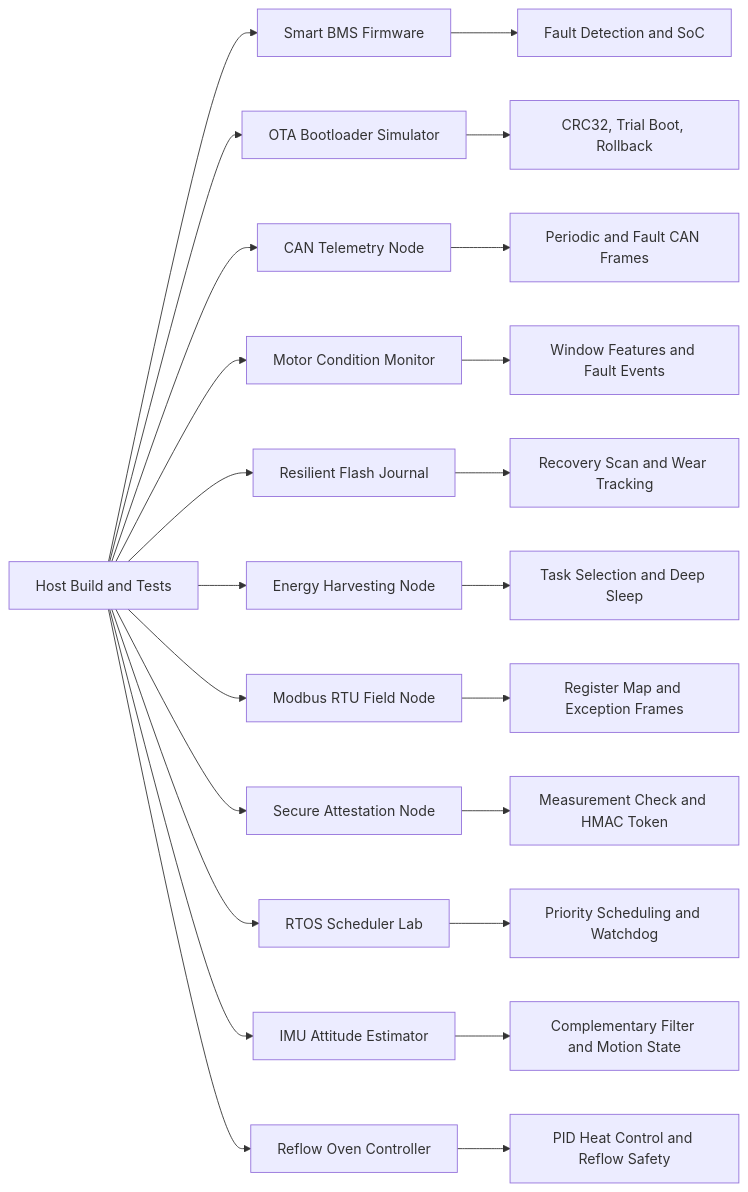
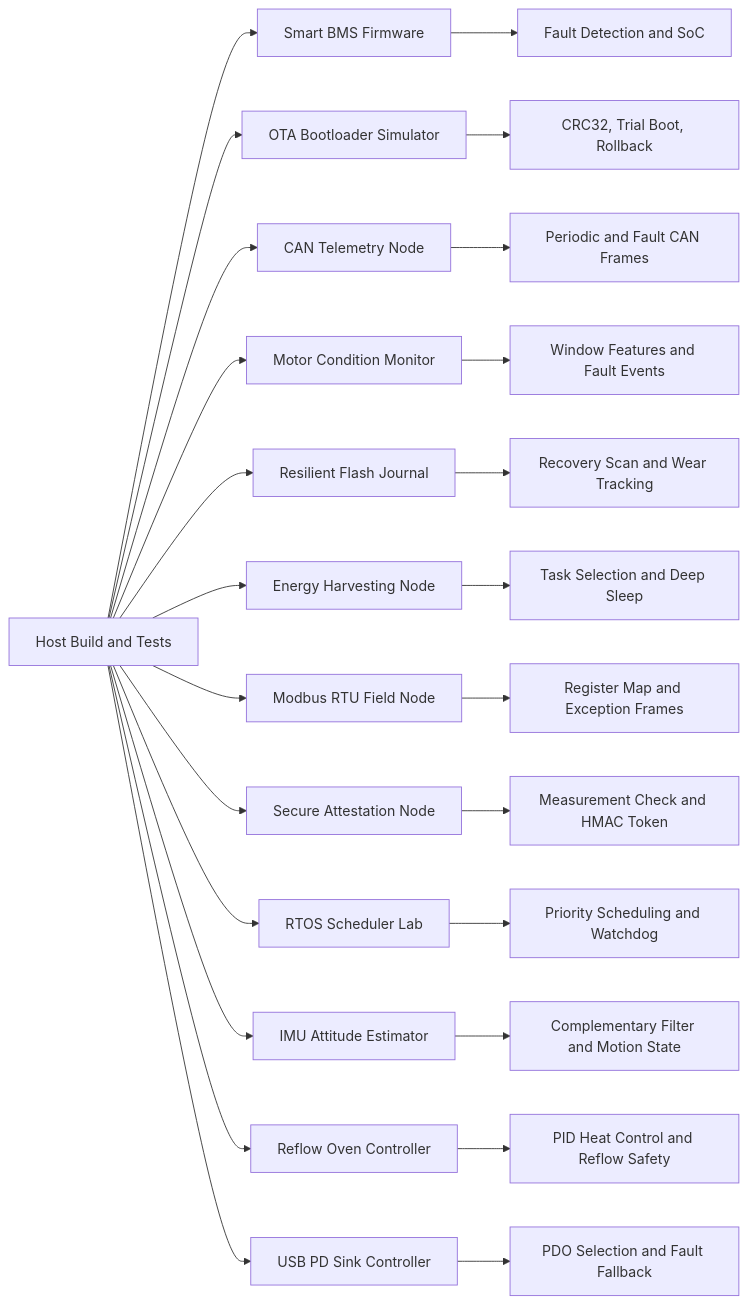
The diagram in README.md (akifitu/embedded-systems-collection), drawn with Mermaid before and after one commit. The commit also changed other lines of this file and 14 other files, not shown here.

Commit message:
Add USB PD sink controller project

````diff
--- a/README.md
+++ b/README.md
@@ -29,25 +30,27 @@
 ```mermaid
 flowchart LR
     Host[Host Build and Tests] --> BMS[Smart BMS Firmware]
     Host --> OTA[OTA Bootloader Simulator]
     Host --> CAN[CAN Telemetry Node]
     Host --> MCM[Motor Condition Monitor]
     Host --> RFJ[Resilient Flash Journal]
     Host --> EHN[Energy Harvesting Node]
     Host --> MB[Modbus RTU Field Node]
     Host --> SAN[Secure Attestation Node]
     Host --> RTOS[RTOS Scheduler Lab]
     Host --> IMU[IMU Attitude Estimator]
     Host --> RO[Reflow Oven Controller]
+    Host --> PD[USB PD Sink Controller]
     BMS --> Safety[Fault Detection and SoC]
     OTA --> Reliability[CRC32, Trial Boot, Rollback]
     CAN --> VehicleBus[Periodic and Fault CAN Frames]
     MCM --> Predictive[Window Features and Fault Events]
     RFJ --> Persistence[Recovery Scan and Wear Tracking]
     EHN --> Power[Task Selection and Deep Sleep]
     MB --> Industrial[Register Map and Exception Frames]
     SAN --> Trust[Measurement Check and HMAC Token]
     RTOS --> Timing[Priority Scheduling and Watchdog]
     IMU --> Fusion[Complementary Filter and Motion State]
     RO --> Thermal[PID Heat Control and Reflow Safety]
+    PD --> Negotiation[PDO Selection and Fault Fallback]
 ```
````
